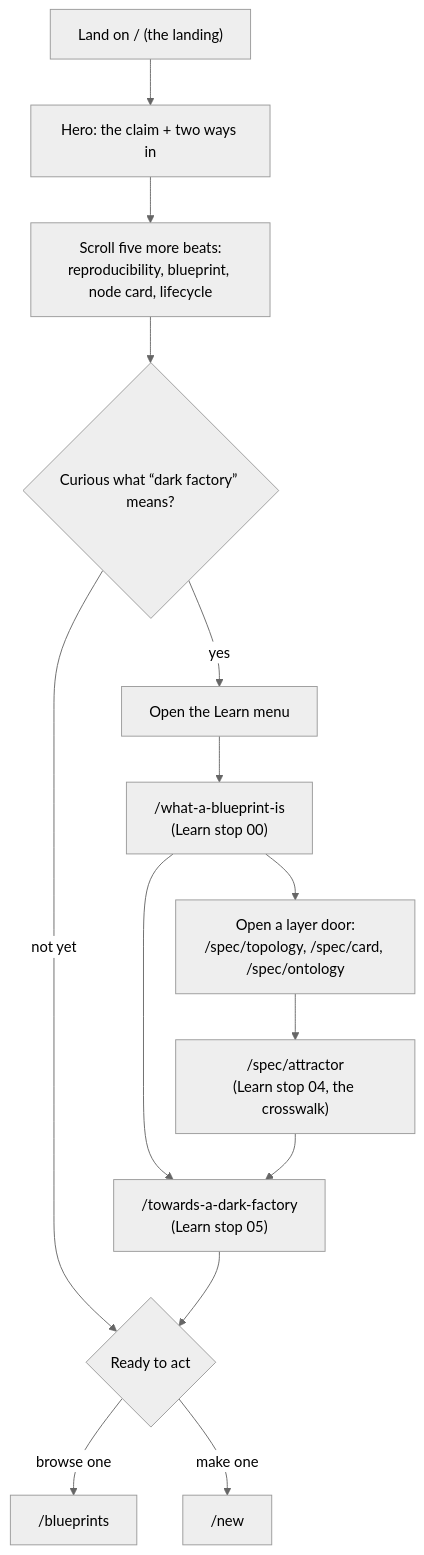
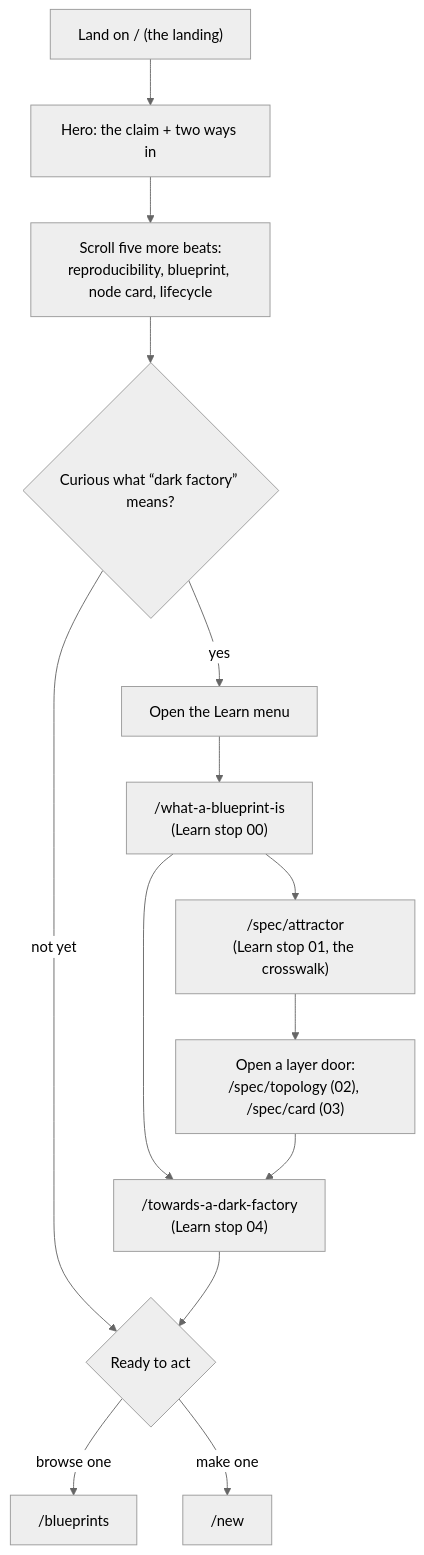
The first of 14 diagrams in docs/architecture/journeys.md (darkprint/darkprint), drawn with Mermaid (neutral theme) before and after one commit. The commit also changed other lines of this file and 41 other files, not shown here.

````diff
--- a/docs/architecture/journeys.md
+++ b/docs/architecture/journeys.md
@@ -20,24 +20,24 @@
 ```mermaid
 flowchart TD
   visit["Land on / (the landing)"]
   hero["Hero: the claim + two ways in"]
   beats["Scroll five more beats:\nreproducibility, blueprint, node card, lifecycle"]
   curious{"Curious what “dark factory” means?"}
   learnMenu["Open the Learn menu"]
   whatIs["/what-a-blueprint-is\n(Learn stop 00)"]
-  layers["Open a layer door:\n/spec/topology, /spec/card, /spec/ontology"]
-  crosswalk["/spec/attractor\n(Learn stop 04, the crosswalk)"]
-  darkFactory["/towards-a-dark-factory\n(Learn stop 05)"]
+  crosswalk["/spec/attractor\n(Learn stop 01, the crosswalk)"]
+  layers["Open a layer door:\n/spec/topology (02), /spec/card (03)"]
+  darkFactory["/towards-a-dark-factory\n(Learn stop 04)"]
   doors{"Ready to act"}
   findOne["/blueprints"]
   makeOne["/new"]
 
   visit --> hero --> beats --> curious
-  curious -->|yes| learnMenu --> whatIs --> layers --> crosswalk
+  curious -->|yes| learnMenu --> whatIs --> crosswalk --> layers
   whatIs --> darkFactory
   curious -->|not yet| doors
-  crosswalk --> darkFactory
+  layers --> darkFactory
   darkFactory --> doors
   doors -->|"browse one"| findOne
   doors -->|"make one"| makeOne
 ```
````
